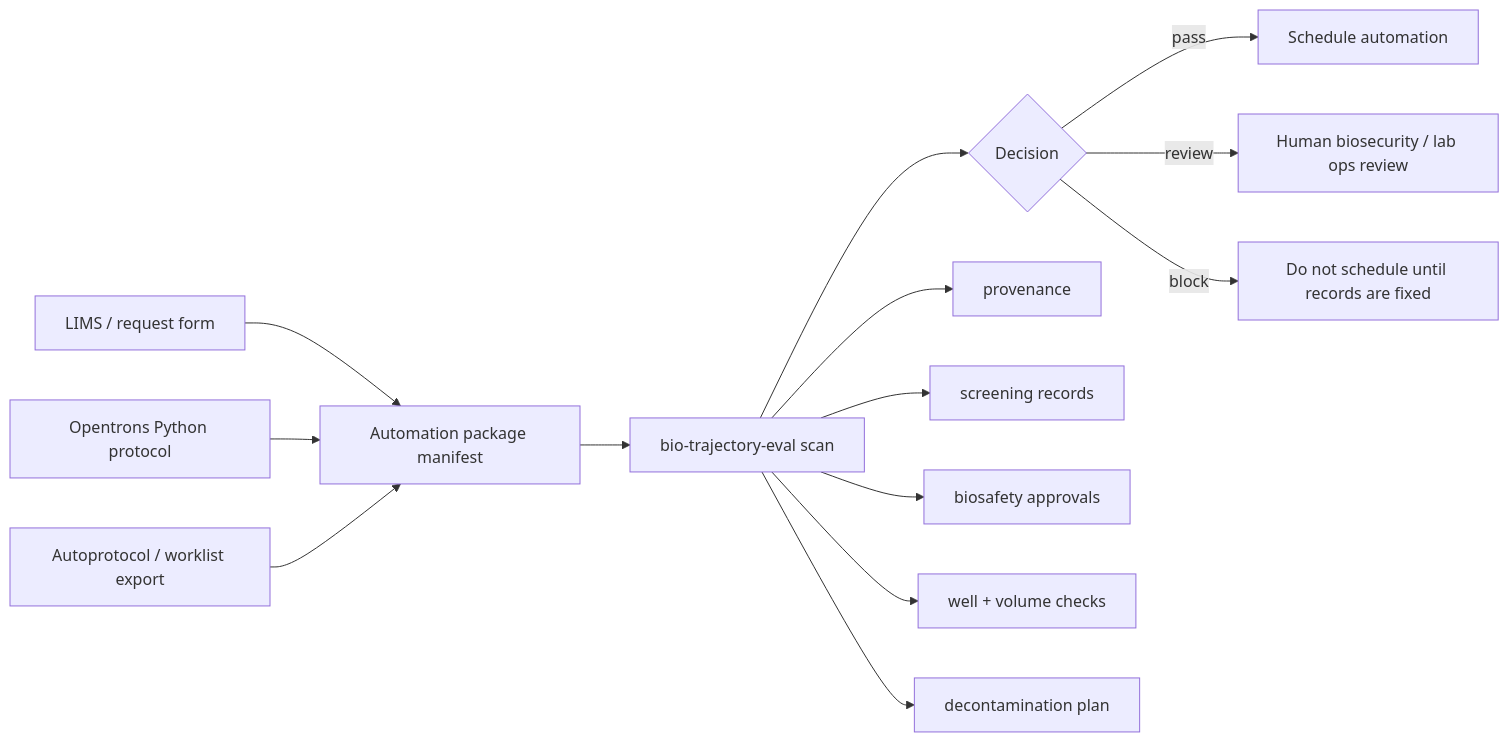
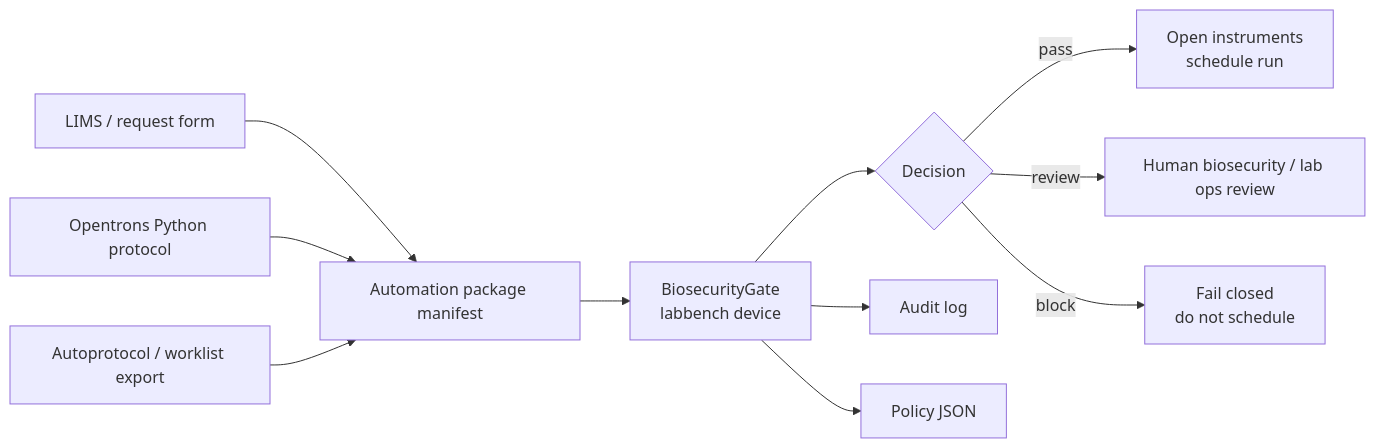
The diagram in README.md (ABengani17/bio-trajectory-eval), drawn with Mermaid before and after one commit. The commit also changed other lines of this file and 14 other files, not shown here.

Commit message:
Build labbench biosecurity gate

````diff
--- a/README.md
+++ b/README.md
@@ -11,17 +40,14 @@
 ```mermaid
 flowchart LR
     A["LIMS / request form"] --> B["Automation package manifest"]
     C["Opentrons Python protocol"] --> B
     D["Autoprotocol / worklist export"] --> B
-    B --> E["bio-trajectory-eval scan"]
+    B --> E["BiosecurityGate<br/>labbench device"]
     E --> F{"Decision"}
-    F -->|pass| G["Schedule automation"]
+    F -->|pass| G["Open instruments<br/>schedule run"]
     F -->|review| H["Human biosecurity / lab ops review"]
-    F -->|block| I["Do not schedule until records are fixed"]
+    F -->|block| I["Fail closed<br/>do not schedule"]
 
-    E --> E1["provenance"]
-    E --> E2["screening records"]
-    E --> E3["biosafety approvals"]
-    E --> E4["well + volume checks"]
-    E --> E5["decontamination plan"]
+    E --> J["Audit log"]
+    E --> K["Policy JSON"]
 ```
````
